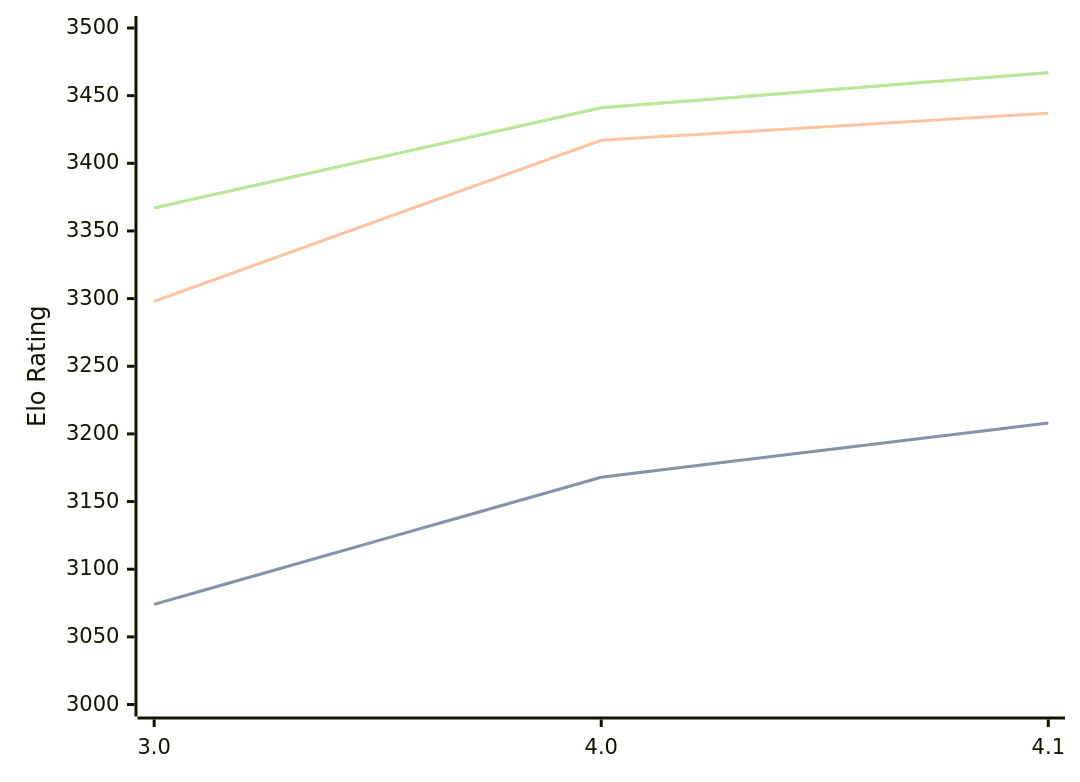
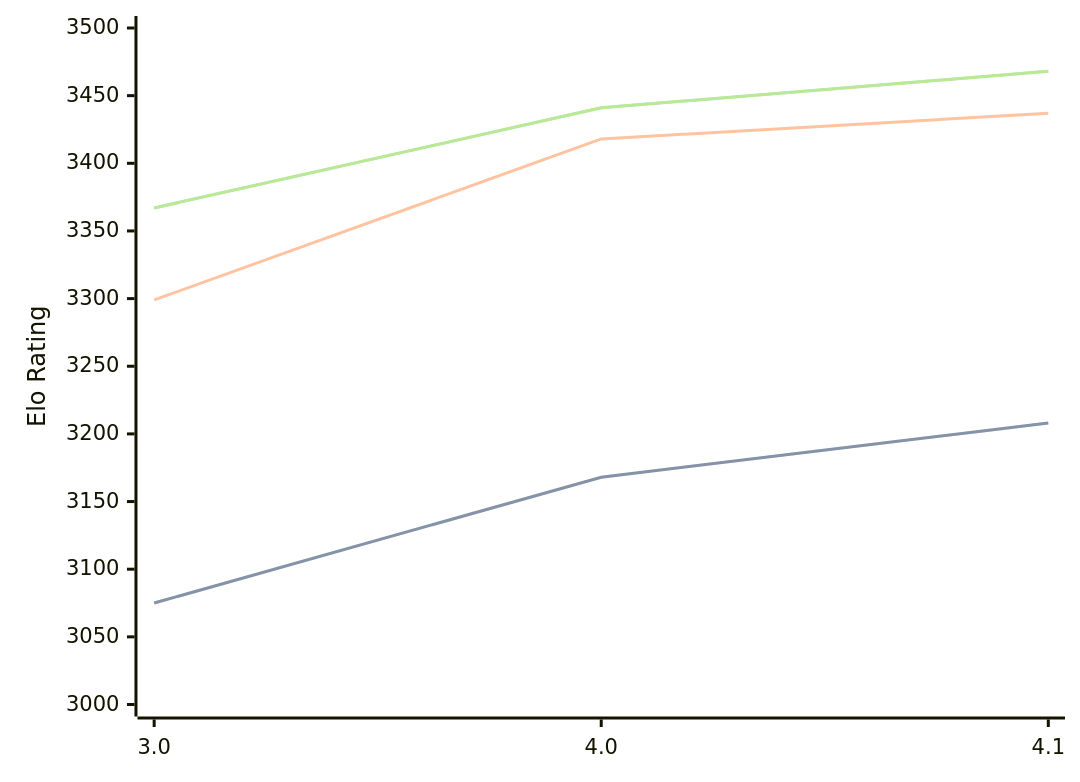
One commit to computer-chess-index/cci changed the diagram in engines/Eleanor.md. Above: the diagram before and after it, drawn with Mermaid. The commit also changed other lines of this file, not shown here.

Commit message:
Update CCI Ratings (ELO VLTC) - 2026-05-04

````diff
--- a/engines/Eleanor.md
+++ b/engines/Eleanor.md
@@ -35,11 +35,11 @@
 ```mermaid
 %%{init: {"theme":"base","themeVariables":{"seriesColors:['#a3a3a3','#222221','#faa371']}}}%%
 xychart-beta
   x-axis ["3.0", "4.0", "4.1"]
   y-axis "Elo Rating" 3000 --> 3500
-  line "STC (8.0+0.08s)" [3074, 3168, 3208]
-  line "STC (8.0+0.08s)" [3074, 3168, 3208]
-  line "LTC (60.0+0.60s)" [3298, 3417, 3437]
-  line "VLTC (2m24s+1.12s)" [3367, 3441, 3467]
-  line "VLTC (2m24s+1.12s)" [3367, 3441, 3467]
+  line "STC (8.0+0.08s)" [3075, 3168, 3208]
+  line "STC (8.0+0.08s)" [3075, 3168, 3208]
+  line "LTC (60.0+0.60s)" [3299, 3418, 3437]
+  line "VLTC (2m24s+1.12s)" [3367, 3441, 3468]
+  line "VLTC (2m24s+1.12s)" [3367, 3441, 3468]
 ```
````
